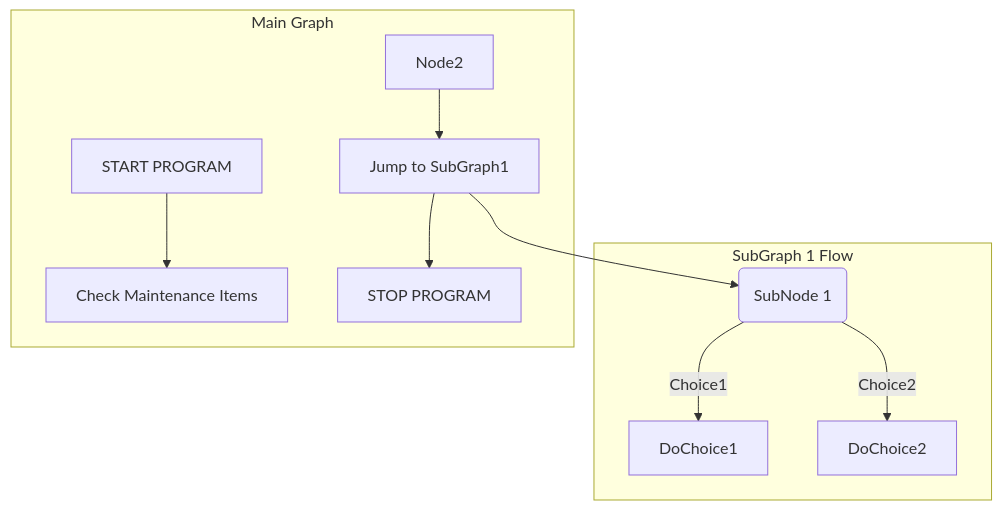
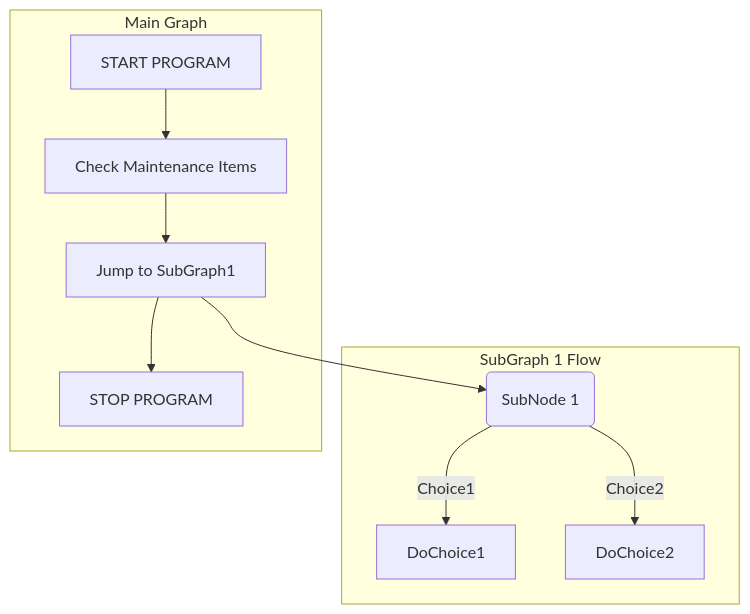
One commit to carldavidbrownjr/repo1 changed the second of 2 diagrams in foundation.git.markdown.md. Above: the diagram before and after it, drawn with Mermaid.

````diff
--- a/foundation.git.markdown.md
+++ b/foundation.git.markdown.md
@@ -25,16 +25,16 @@
 ```mermaid
 graph TB
 
   SubGraph1 --> SubGraph1Flow
   subgraph "SubGraph 1 Flow"
   SubGraph1Flow(SubNode 1)
   SubGraph1Flow -- Choice1 --> DoChoice1
   SubGraph1Flow -- Choice2 --> DoChoice2
   end
 
   subgraph "Main Graph"
   START[START PROGRAM] --> MAINTENANCE[Check Maintenance Items]
-  Node2 --> SubGraph1[Jump to SubGraph1]
+  MAINTENANCE--> SubGraph1[Jump to SubGraph1]
   SubGraph1 --> END_PRGROGRAM[STOP PROGRAM]
 end
 ```
````
